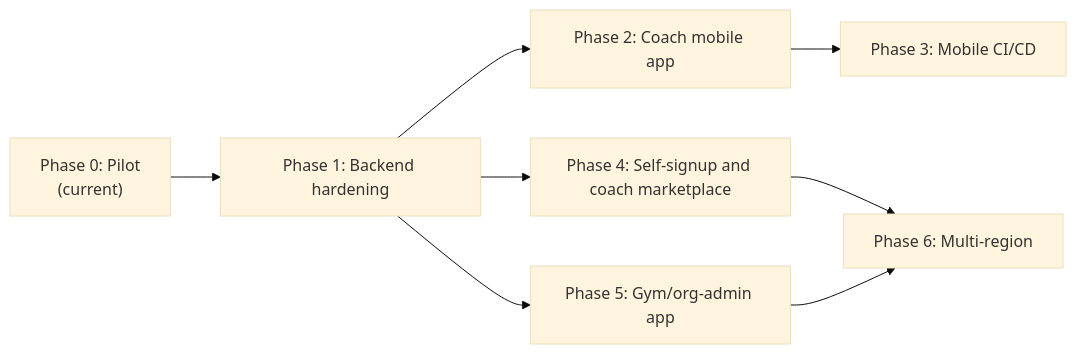
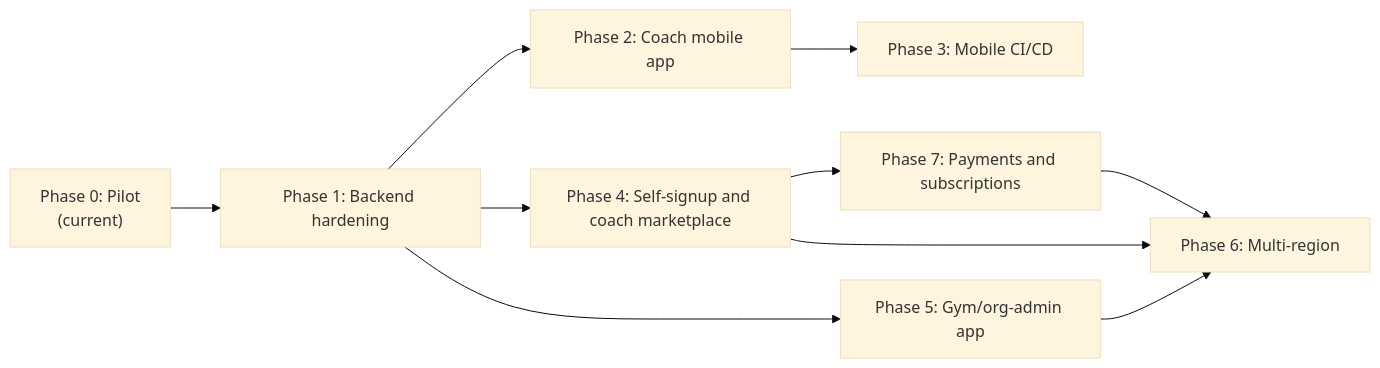
The diagram in docs/roadmap.md (KhubaibQaiser/fitness-app), drawn with Mermaid (base theme) before and after one commit. The commit also changed other lines of this file, not shown here.

First line of the commit message:
docs(roadmap): expand coach marketplace into portfolio, plans, payments (#14)

````diff
--- a/docs/roadmap.md
+++ b/docs/roadmap.md
@@ -46,16 +47,19 @@
 ```mermaid
 flowchart LR
     p0["Phase 0: Pilot\n(current)"]
     p1["Phase 1: Backend hardening"]
     p2["Phase 2: Coach mobile app"]
     p3["Phase 3: Mobile CI/CD"]
     p4["Phase 4: Self-signup and coach marketplace"]
     p5["Phase 5: Gym/org-admin app"]
     p6["Phase 6: Multi-region"]
+    p7["Phase 7: Payments and subscriptions"]
 
     p0 --> p1 --> p2 --> p3
     p1 --> p4
     p1 --> p5
+    p4 --> p7
     p4 --> p6
     p5 --> p6
+    p7 --> p6
 ```
````
